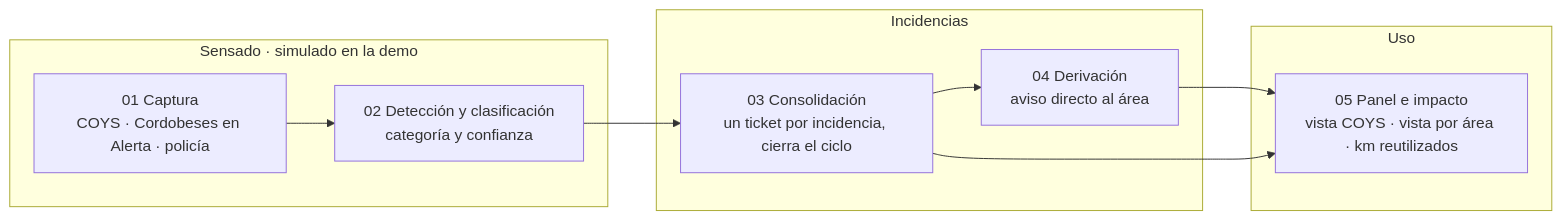
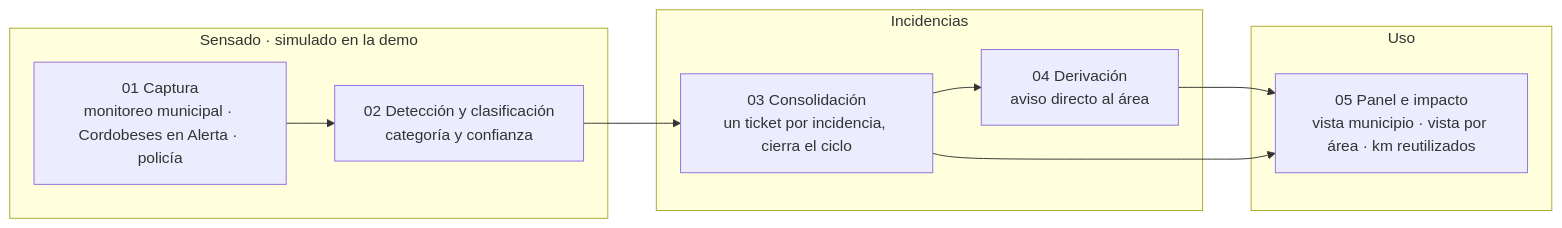
Before and after one commit to NachoSamo/Hack2theFuture-CordobaTechWeek: the second of 2 diagrams in README.md, drawn with Mermaid. The commit also changed 7 other files, not shown here.

First line of the commit message:
Producto: COYS pasa a 'municipio' como usuario en docs y arquitectura

````diff
--- a/README.md
+++ b/README.md
@@ -74,16 +74,16 @@
 ```mermaid
 flowchart LR
     subgraph Sensado[Sensado · simulado en la demo]
-        A[01 Captura<br/>COYS · Cordobeses en Alerta · policía]
+        A[01 Captura<br/>monitoreo municipal · Cordobeses en Alerta · policía]
         B[02 Detección y clasificación<br/>categoría y confianza]
     end
     subgraph Incidencias[Incidencias]
         C[03 Consolidación<br/>un ticket por incidencia, cierra el ciclo]
         D[04 Derivación<br/>aviso directo al área]
     end
     subgraph Uso[Uso]
-        E[05 Panel e impacto<br/>vista COYS · vista por área · km reutilizados]
+        E[05 Panel e impacto<br/>vista municipio · vista por área · km reutilizados]
     end
     A --> B --> C --> D --> E
     C --> E
 ```
````
